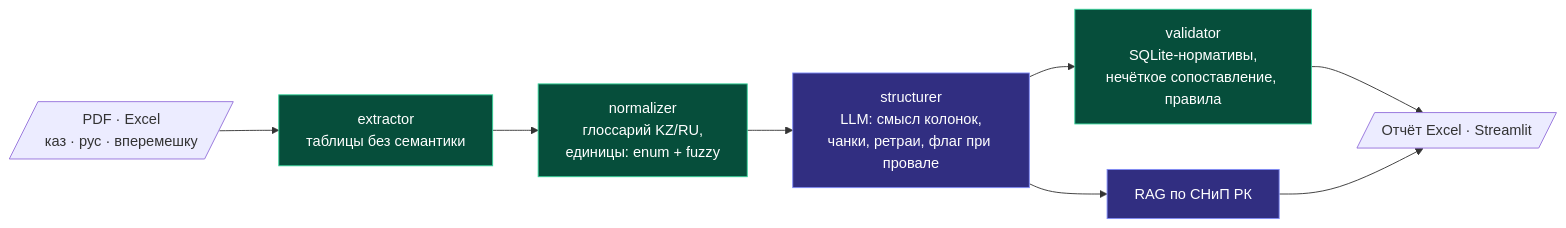
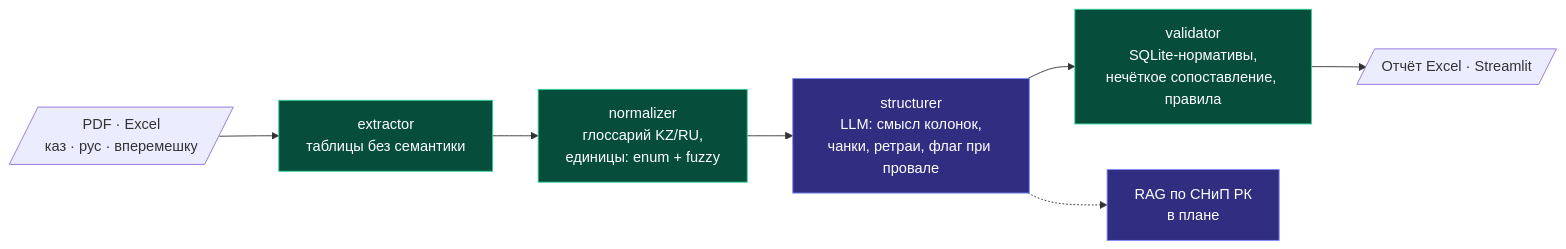
Before and after one commit to zhoratolk/portfolio: the diagram in cases/smeta-ai-kz.md, drawn with Mermaid. The commit also changed other lines of this file and 12 other files, not shown here.

````diff
--- a/cases/smeta-ai-kz.md
+++ b/cases/smeta-ai-kz.md
@@ -20,13 +20,13 @@
 ```mermaid
 flowchart LR
   in[/PDF · Excel<br/>каз · рус · вперемешку/] --> ex[extractor<br/>таблицы без семантики]
   ex --> norm[normalizer<br/>глоссарий KZ/RU,<br/>единицы: enum + fuzzy]
   norm --> st[structurer<br/>LLM: смысл колонок,<br/>чанки, ретраи, флаг при провале]
   st --> val[validator<br/>SQLite-нормативы,<br/>нечёткое сопоставление, правила]
-  st --> rag[RAG по СНиП РК]
-  val & rag --> rep[/Отчёт Excel · Streamlit/]
+  st -.-> rag[RAG по СНиП РК<br/>в плане]
+  val --> rep[/Отчёт Excel · Streamlit/]
   classDef llm fill:#312e81,stroke:#818cf8,color:#fff
   classDef det fill:#064e3b,stroke:#34d399,color:#fff
   class st,rag llm
   class ex,norm,val det
 ```
````
